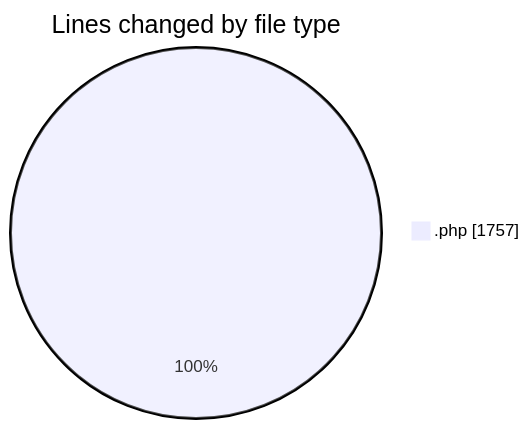
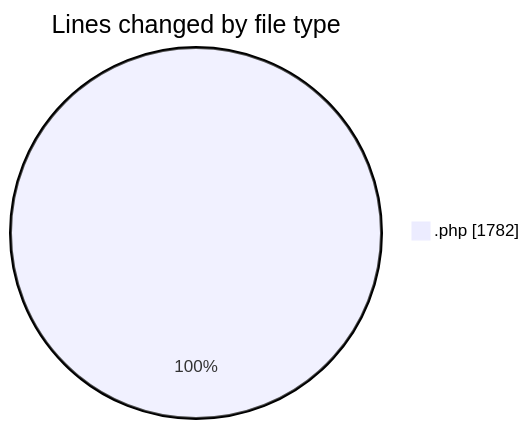
One commit to LanceThiago/code-tracking changed the first of 2 diagrams in 2026-08-28/oficina/README.md. Above: the diagram before and after it, drawn with Mermaid. The commit also changed other lines of this file and 1 other file, not shown here.

````diff
--- a/2026-08-28/oficina/README.md
+++ b/2026-08-28/oficina/README.md
@@ -20,5 +20,5 @@
 ```mermaid
 pie showData
 title Lines changed by file type
-".php" : 1757
+".php" : 1782
 ```
````
